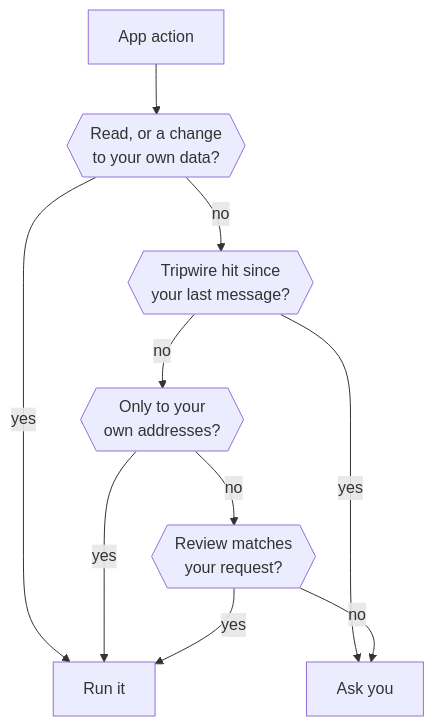
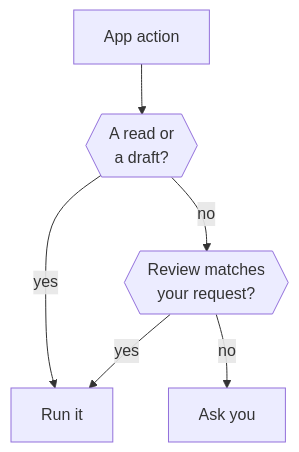
The first of 2 diagrams in docs/src/content/docs/trust/approvals.mdx (n8n-io/nod), drawn with Mermaid before and after one commit. The commit also changed other lines of this file and 13 other files, not shown here.

First line of the commit message:
feat(trust)!: reads and drafts run, every other action needs the review or a yes

````diff
--- a/docs/src/content/docs/trust/approvals.mdx
+++ b/docs/src/content/docs/trust/approvals.mdx
@@ -35,12 +35,8 @@
 ```mermaid
 flowchart TD
-  action[App action] --> kind{{Read, or a change<br/>to your own data?}}
+  action[App action] --> kind{{A read or<br/>a draft?}}
   kind -- yes --> run[Run it]:::go
-  kind -- no --> flag{{Tripwire hit since<br/>your last message?}}
-  flag -- yes --> ask[Ask you]:::accent
-  flag -- no --> own{{Only to your<br/>own addresses?}}
-  own -- yes --> run
-  own -- no --> review{{Review matches<br/>your request?}}
+  kind -- no --> review{{Review matches<br/>your request?}}
   review -- yes --> run
-  review -- no --> ask
+  review -- no --> ask[Ask you]:::accent
 ```
````
